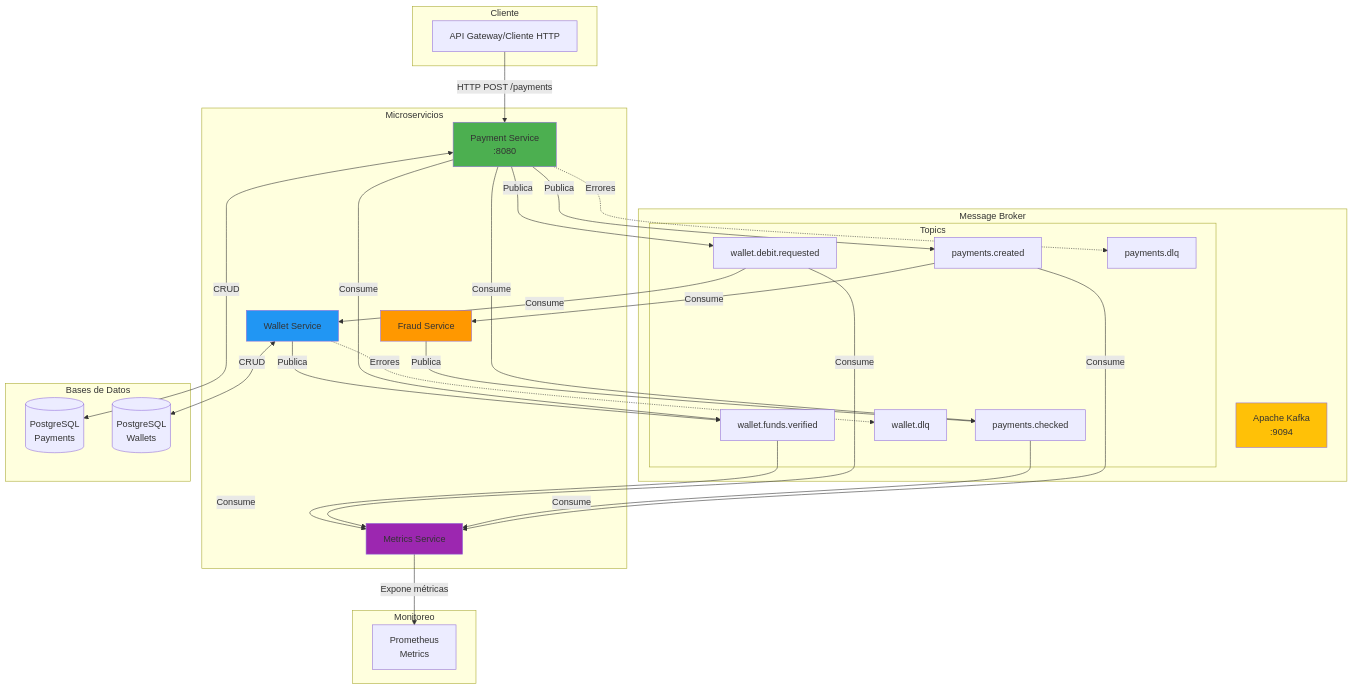
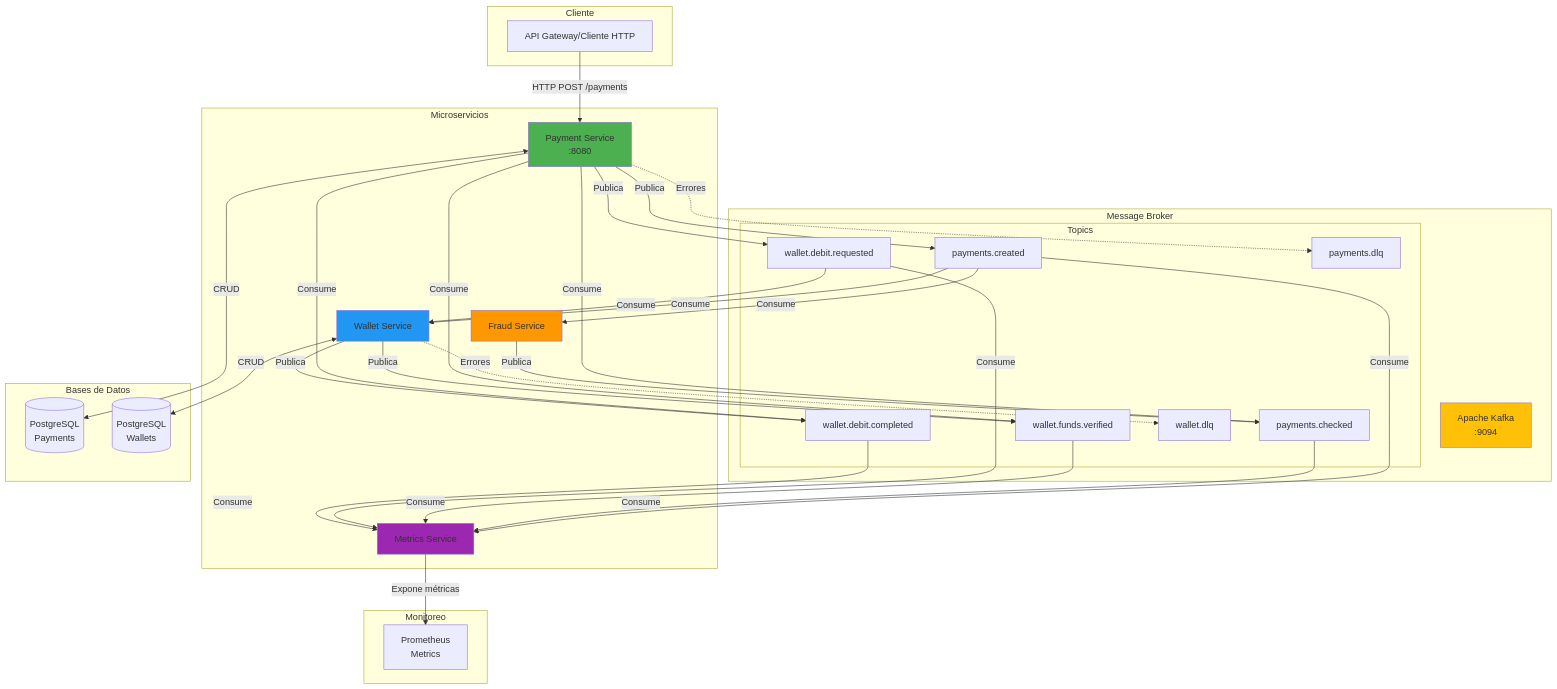
The first of 8 diagrams in README.md (jeffleon2/draftea), drawn with Mermaid before and after one commit. The commit also changed other lines of this file, not shown here.

````diff
--- a/README.md
+++ b/README.md
@@ -21,64 +21,70 @@
 ```mermaid
 graph TB
     subgraph "Cliente"
         API[API Gateway/Cliente HTTP]
     end
     
     subgraph "Microservicios"
         PS[Payment Service<br/>:8080]
         FS[Fraud Service]
         WS[Wallet Service]
         MS[Metrics Service]
     end
     
     subgraph "Message Broker"
         K[Apache Kafka<br/>:9094]
         subgraph "Topics"
             T1[payments.created]
             T2[payments.checked]
-            T3[wallet.debit.requested]
-            T4[wallet.funds.verified]
-            T5[payments.dlq]
-            T6[wallet.dlq]
+            T3[wallet.funds.verified]
+            T4[wallet.debit.requested]
+            T5[wallet.debit.completed]
+            T6[payments.dlq]
+            T7[wallet.dlq]
         end
     end
     
     subgraph "Bases de Datos"
         PDB[(PostgreSQL<br/>Payments)]
         WDB[(PostgreSQL<br/>Wallets)]
     end
     
     subgraph "Monitoreo"
         PROM[Prometheus<br/>Metrics]
     end
     
     API -->|HTTP POST /payments| PS
     PS -->|Publica| T1
     PS -->|Consume| T2
-    PS -->|Consume| T4
-    PS -->|Publica| T3
+    PS -->|Consume| T3
+    PS -->|Publica| T4
+    PS -->|Consume| T5
     PS <-->|CRUD| PDB
     
     T1 -->|Consume| FS
     FS -->|Publica| T2
     
-    T3 -->|Consume| WS
-    WS -->|Publica| T4
+    T1 -->|Consume| WS
+    WS -->|Publica| T3
+    
+    T4 -->|Consume| WS
+    WS -->|Publica| T5
     WS <-->|CRUD| WDB
     
     T1 -->|Consume| MS
     T2 -->|Consume| MS
     T3 -->|Consume| MS
     T4 -->|Consume| MS
+    T5 -->|Consume| MS
     
-    PS -.->|Errores| T5
-    WS -.->|Errores| T6
+    PS -.->|Errores| T6
+    WS -.->|Errores| T7
     
     MS -->|Expone métricas| PROM
     
     style PS fill:#4CAF50
     style FS fill:#FF9800
     style WS fill:#2196F3
     style MS fill:#9C27B0
     style K fill:#FFC107
 ```
````
